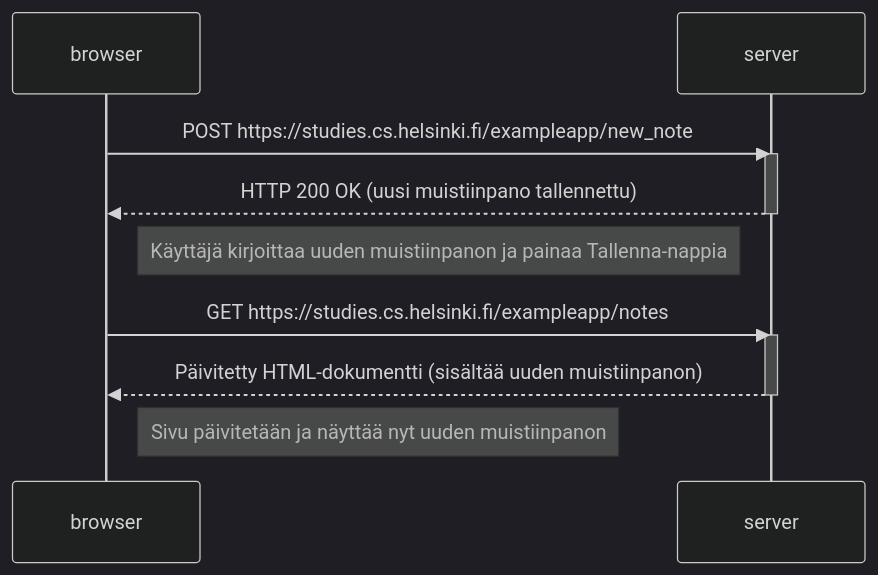
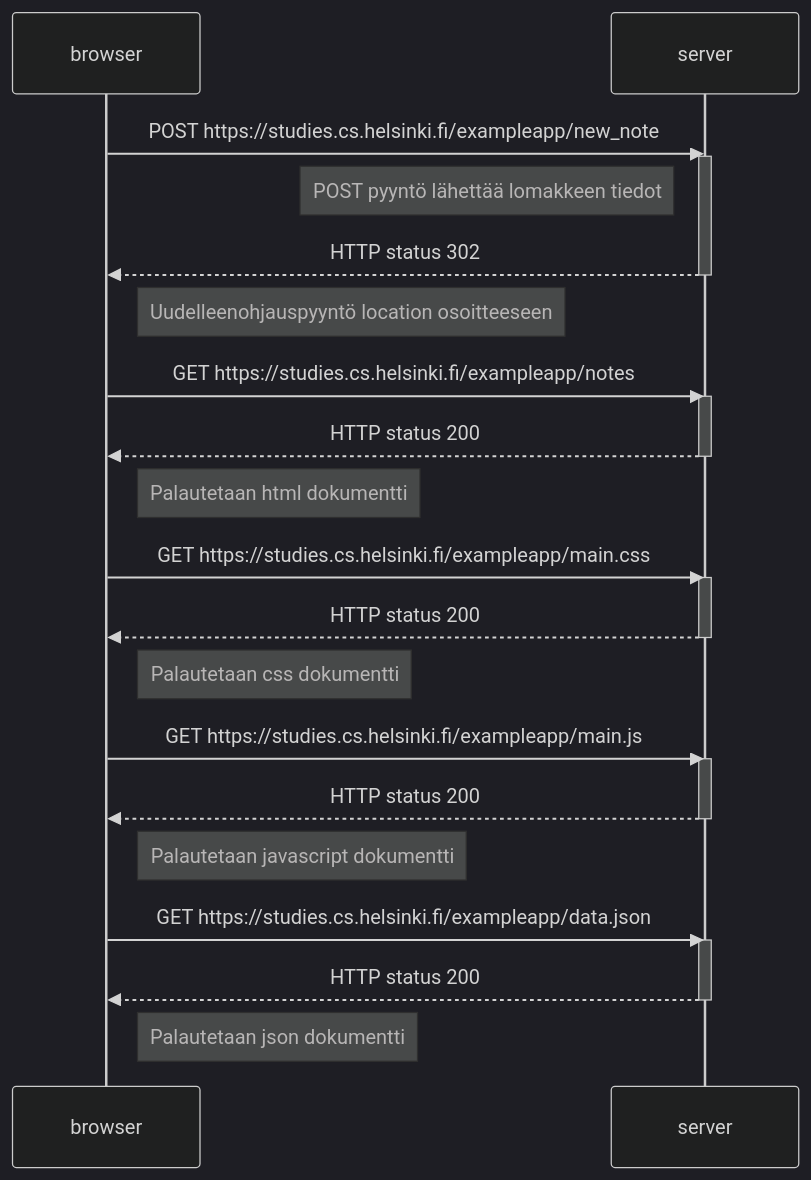
The diagram in osa0/teksti.md (TeemuStew/fullstack-mooc), drawn with Mermaid (dark theme) before and after one commit.

````diff
--- a/osa0/teksti.md
+++ b/osa0/teksti.md
@@ -1,19 +1,44 @@
 ```mermaid
 sequenceDiagram
     participant browser
     participant server
 
     browser->>server: POST https://studies.cs.helsinki.fi/exampleapp/new_note
     activate server
-    server-->>browser: HTTP 200 OK (uusi muistiinpano tallennettu)
+
+    Note left of server: POST pyyntö lähettää lomakkeen tiedot 
+
+    server-->>browser: HTTP status 302
     deactivate server
 
-    Note right of browser: Käyttäjä kirjoittaa uuden muistiinpanon ja painaa Tallenna-nappia
-    
+    Note right of browser: Uudelleenohjauspyyntö location osoitteeseen
+
     browser->>server: GET https://studies.cs.helsinki.fi/exampleapp/notes
     activate server
-    server-->>browser: Päivitetty HTML-dokumentti (sisältää uuden muistiinpanon)
+    server-->>browser: HTTP status 200
     deactivate server
 
-    Note right of browser: Sivu päivitetään ja näyttää nyt uuden muistiinpanon
+    Note right of browser: Palautetaan html dokumentti
+
+    browser->>server: GET https://studies.cs.helsinki.fi/exampleapp/main.css
+    activate server
+    server-->>browser: HTTP status 200
+    deactivate server 
+
+    Note right of browser: Palautetaan css dokumentti
+
+    browser->>server: GET https://studies.cs.helsinki.fi/exampleapp/main.js
+    activate server
+    server-->>browser: HTTP status 200
+    deactivate server 
+
+    Note right of browser: Palautetaan javascript dokumentti
+
+    browser->>server: GET https://studies.cs.helsinki.fi/exampleapp/data.json
+    activate server
+    server-->>browser: HTTP status 200
+    deactivate server
+
+    Note right of browser: Palautetaan json dokumentti
+
 ```
````
